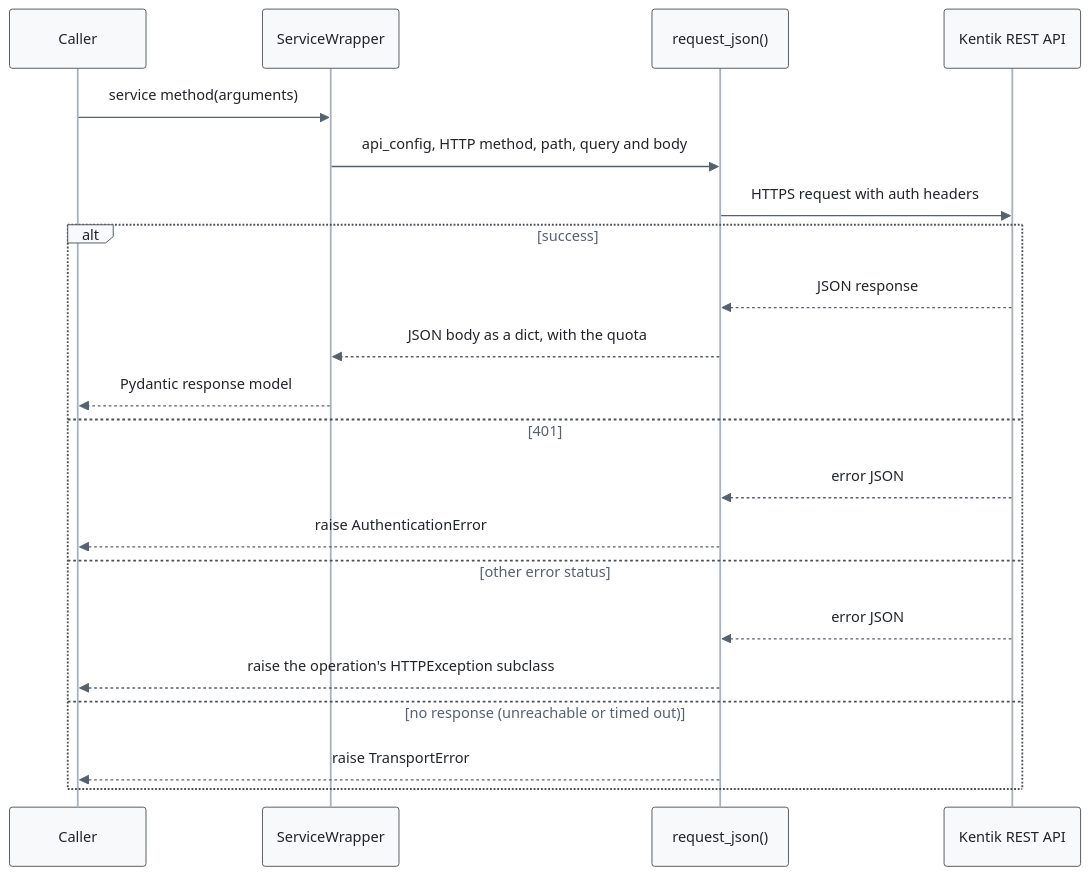
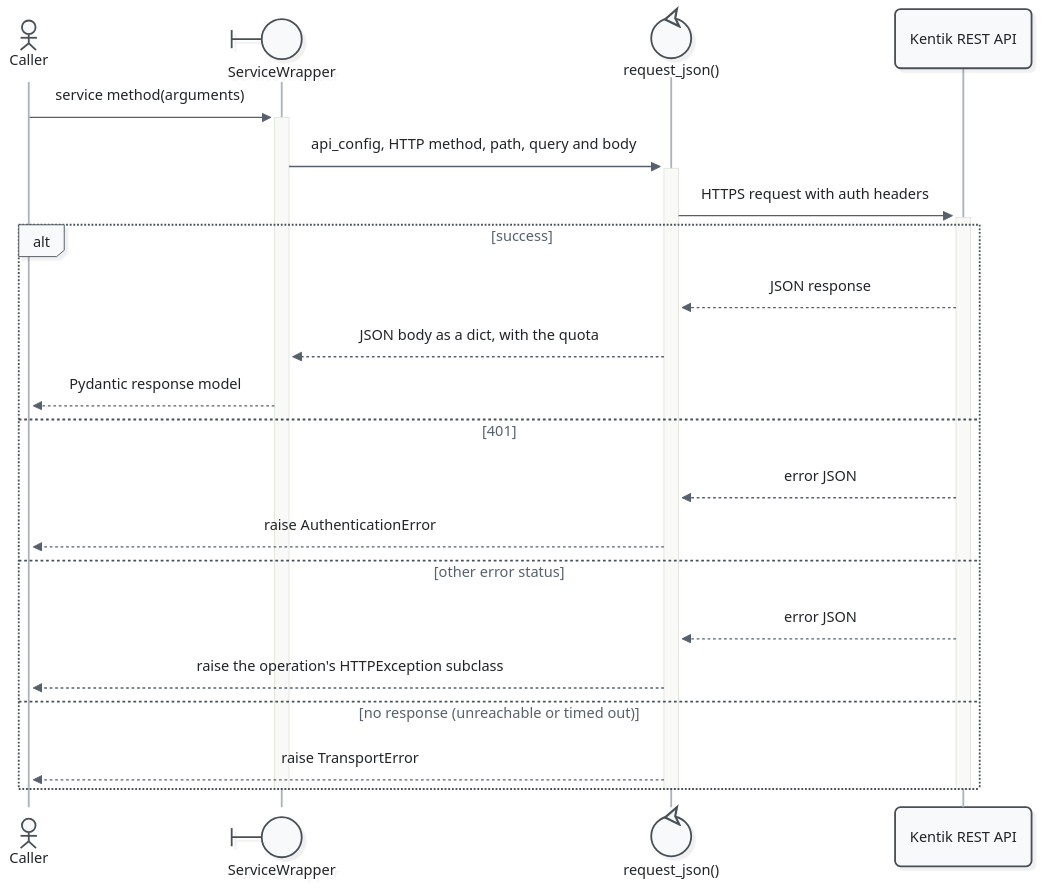
Before and after one commit to alexdearaujo/community_sdk_python: the diagram in docs/sphinx/guides/rest.md, drawn with Mermaid. The commit also changed 52 other files, not shown here.

First line of the commit message:
docs: Mermaid 12 sequence diagrams with participant types and path colors

````diff
--- a/docs/sphinx/guides/rest.md
+++ b/docs/sphinx/guides/rest.md
@@ -79,25 +79,28 @@
 ```mermaid
-%%{init: {"theme": "base", "fontFamily": "ui-monospace, SFMono-Regular, Menlo, monospace", "themeVariables": {"fontFamily": "ui-monospace, SFMono-Regular, Menlo, monospace", "primaryColor": "#f8f9fa", "primaryBorderColor": "#495057", "primaryTextColor": "#212529", "textColor": "#212529", "lineColor": "#77818c", "edgeLabelBackground": "#ffffff", "actorBkg": "#f8f9fa", "actorBorder": "#495057", "actorTextColor": "#212529", "actorLineColor": "#a9b3be", "signalColor": "#57616d", "signalTextColor": "#212529", "labelBoxBkgColor": "#f8f9fa", "labelBoxBorderColor": "#495057", "labelTextColor": "#212529", "loopTextColor": "#57616d", "noteBkgColor": "#fff9db", "noteBorderColor": "#f08c00", "noteTextColor": "#a35a00"}, "flowchart": {"curve": "step", "nodeSpacing": 30, "rankSpacing": 70, "wrappingWidth": 400}}}%%
+%%{init: {"theme": "redux", "look": "neo", "layout": "dagre", "fontFamily": "ui-monospace, SFMono-Regular, Menlo, monospace", "themeVariables": {"fontFamily": "ui-monospace, SFMono-Regular, Menlo, monospace", "primaryColor": "#f8f9fa", "primaryBorderColor": "#495057", "primaryTextColor": "#212529", "textColor": "#212529", "lineColor": "#77818c", "edgeLabelBackground": "#ffffff", "actorBkg": "#f8f9fa", "actorBorder": "#495057", "actorTextColor": "#212529", "actorLineColor": "#a9b3be", "signalColor": "#57616d", "signalTextColor": "#212529", "labelBoxBkgColor": "#f8f9fa", "labelBoxBorderColor": "#495057", "labelTextColor": "#212529", "loopTextColor": "#57616d", "noteBkgColor": "#fff9db", "noteBorderColor": "#f08c00", "noteTextColor": "#a35a00"}, "sequence": {"activationWidth": 16}, "flowchart": {"curve": "step", "nodeSpacing": 30, "rankSpacing": 70, "wrappingWidth": 400}}}%%
 sequenceDiagram
-    participant C as Caller
-    participant W as ServiceWrapper
-    participant RJ as request_json()
+    actor C as Caller
+    participant W@{ "type": "boundary" } as ServiceWrapper
+    participant RJ@{ "type": "control" } as request_json()
     participant API as Kentik REST API
 
-    C->>W: service method(arguments)
-    W->>RJ: api_config, HTTP method, path, query and body
-    RJ->>API: HTTPS request with auth headers
+    C->>+W: service method(arguments)
+    W->>+RJ: api_config, HTTP method, path, query and body
+    RJ->>+API: HTTPS request with auth headers
     alt success
         API-->>RJ: JSON response
         RJ-->>W: JSON body as a dict, with the quota
         W-->>C: Pydantic response model
     else 401
         API-->>RJ: error JSON
         RJ-->>C: raise AuthenticationError
     else other error status
         API-->>RJ: error JSON
         RJ-->>C: raise the operation's HTTPException subclass
     else no response (unreachable or timed out)
         RJ-->>C: raise TransportError
     end
+    deactivate API
+    deactivate RJ
+    deactivate W
 ```
````
